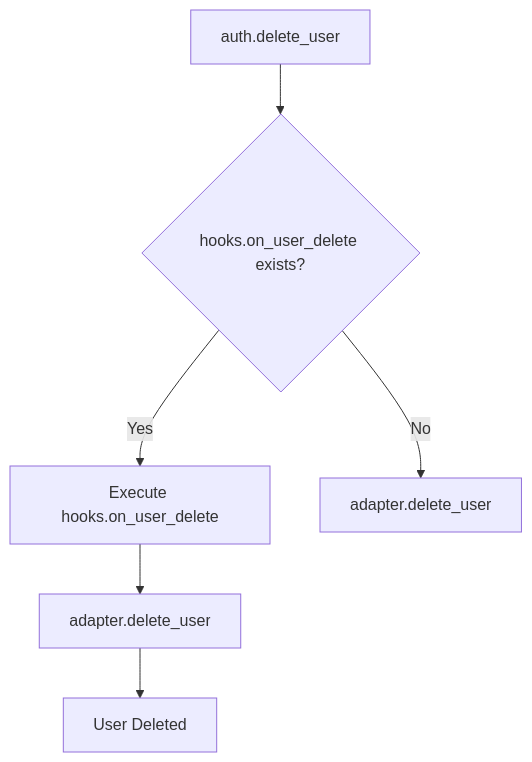
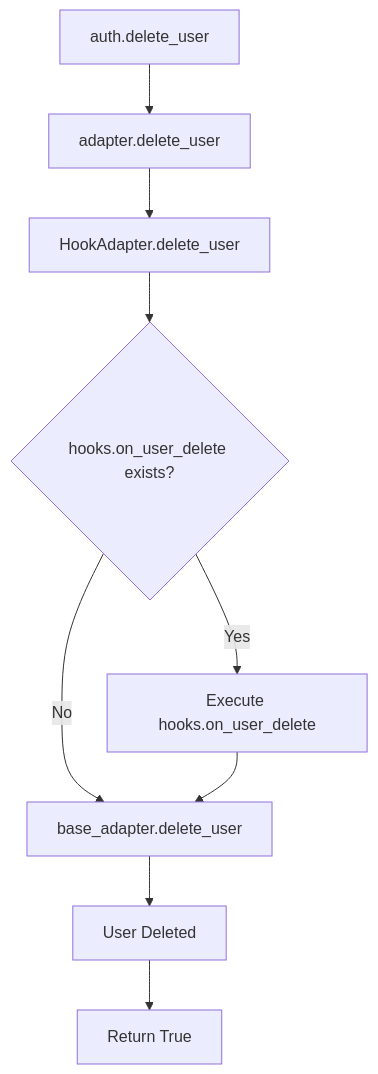
One commit to mplemay/belgie changed the third of 5 diagrams in design/003-auth-event-hooks.md. Above: the diagram before and after it, drawn with Mermaid. The commit also changed other lines of this file, not shown here.

Commit message:
docs: update auth hooks design with adapter wrapper and generic types

````diff
--- a/design/003-auth-event-hooks.md
+++ b/design/003-auth-event-hooks.md
@@ -133,8 +144,11 @@
 ```mermaid
 graph TD
-    A[auth.delete_user] --> B{hooks.on_user_delete exists?}
-    B -->|Yes| C[Execute hooks.on_user_delete]
-    B -->|No| D[adapter.delete_user]
-    C --> E[adapter.delete_user]
-    E --> F[User Deleted]
+    A[auth.delete_user] --> B[adapter.delete_user]
+    B --> C[HookAdapter.delete_user]
+    C --> D{hooks.on_user_delete exists?}
+    D -->|Yes| E[Execute hooks.on_user_delete]
+    D -->|No| F[base_adapter.delete_user]
+    E --> F
+    F --> G[User Deleted]
+    G --> H[Return True]
 ```
````
